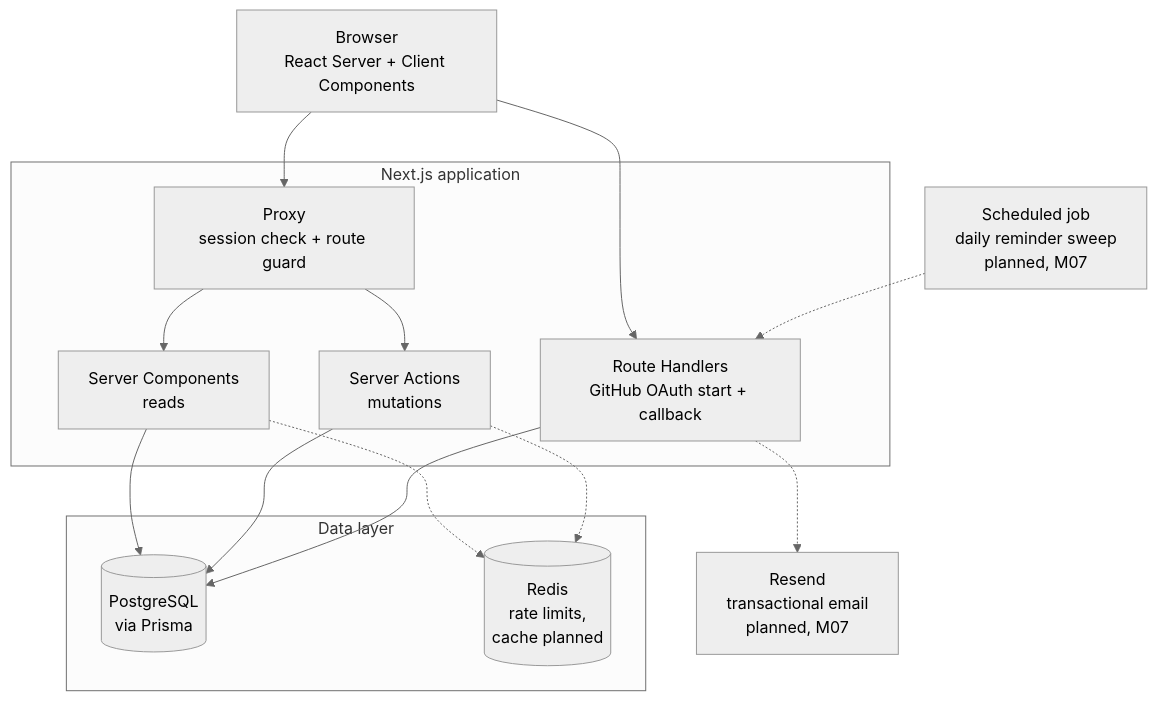
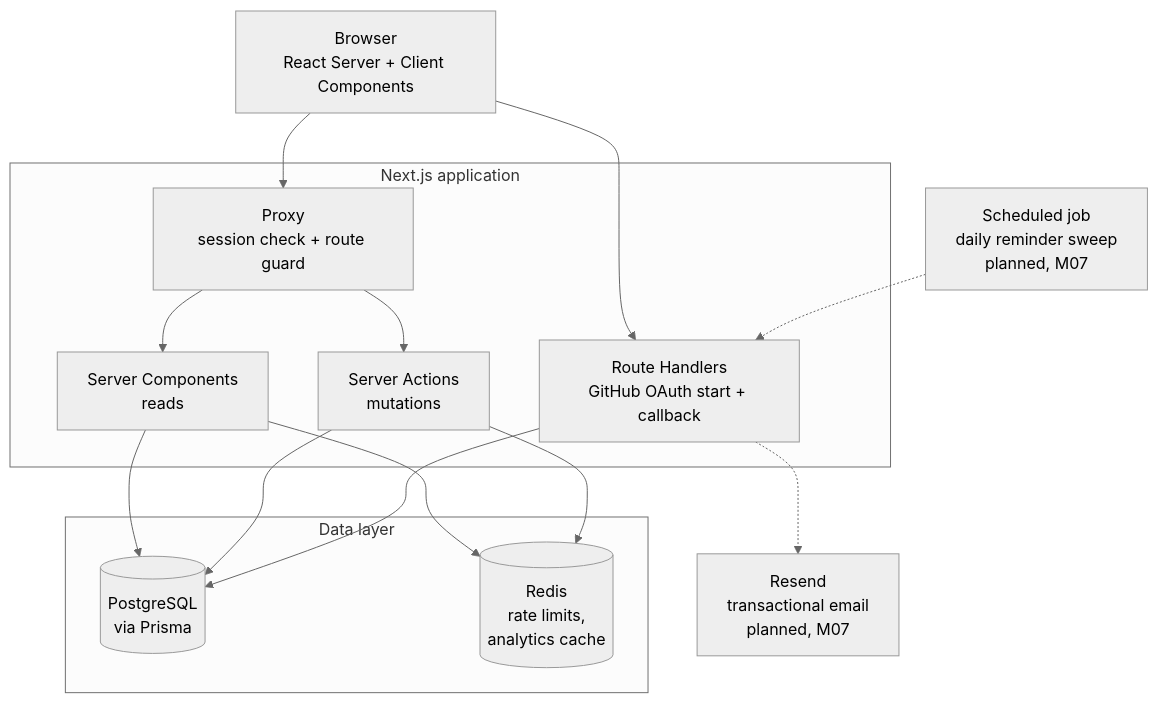
The first of 2 diagrams in README.md (aahmoh04/job-application-tracker-AM), drawn with Mermaid (neutral theme) before and after one commit. The commit also changed other lines of this file and 9 other files, not shown here.

Commit message:
feat: cache the analytics per user in Redis with versioned keys

````diff
--- a/README.md
+++ b/README.md
@@ -142,31 +142,31 @@
 ```mermaid
 flowchart TB
     Browser["Browser<br/>React Server + Client Components"]
 
     subgraph app["Next.js application"]
         PX["Proxy<br/>session check + route guard"]
         RSC["Server Components<br/>reads"]
         SA["Server Actions<br/>mutations"]
         API["Route Handlers<br/>GitHub OAuth start + callback"]
     end
 
     subgraph data["Data layer"]
         PG[("PostgreSQL<br/>via Prisma")]
-        RD[("Redis<br/>rate limits,<br/>cache planned")]
+        RD[("Redis<br/>rate limits,<br/>analytics cache")]
     end
 
     RES["Resend<br/>transactional email<br/>planned, M07"]
     CRON["Scheduled job<br/>daily reminder sweep<br/>planned, M07"]
 
     Browser --> PX
     PX --> RSC
     PX --> SA
     Browser --> API
     RSC --> PG
     SA --> PG
     API --> PG
-    RSC -.-> RD
-    SA -.-> RD
+    RSC --> RD
+    SA --> RD
     CRON -.-> API
     API -.-> RES
 ```
````
